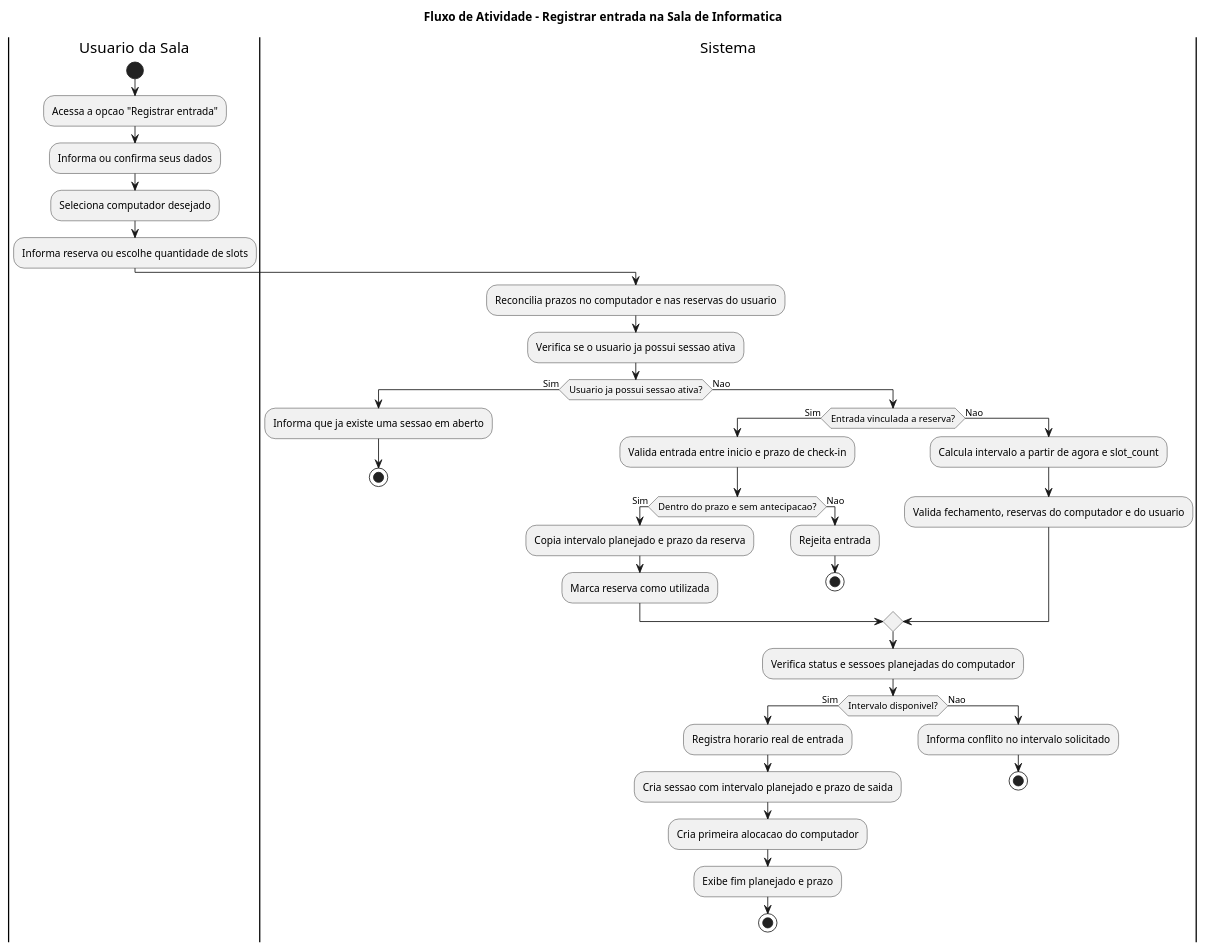
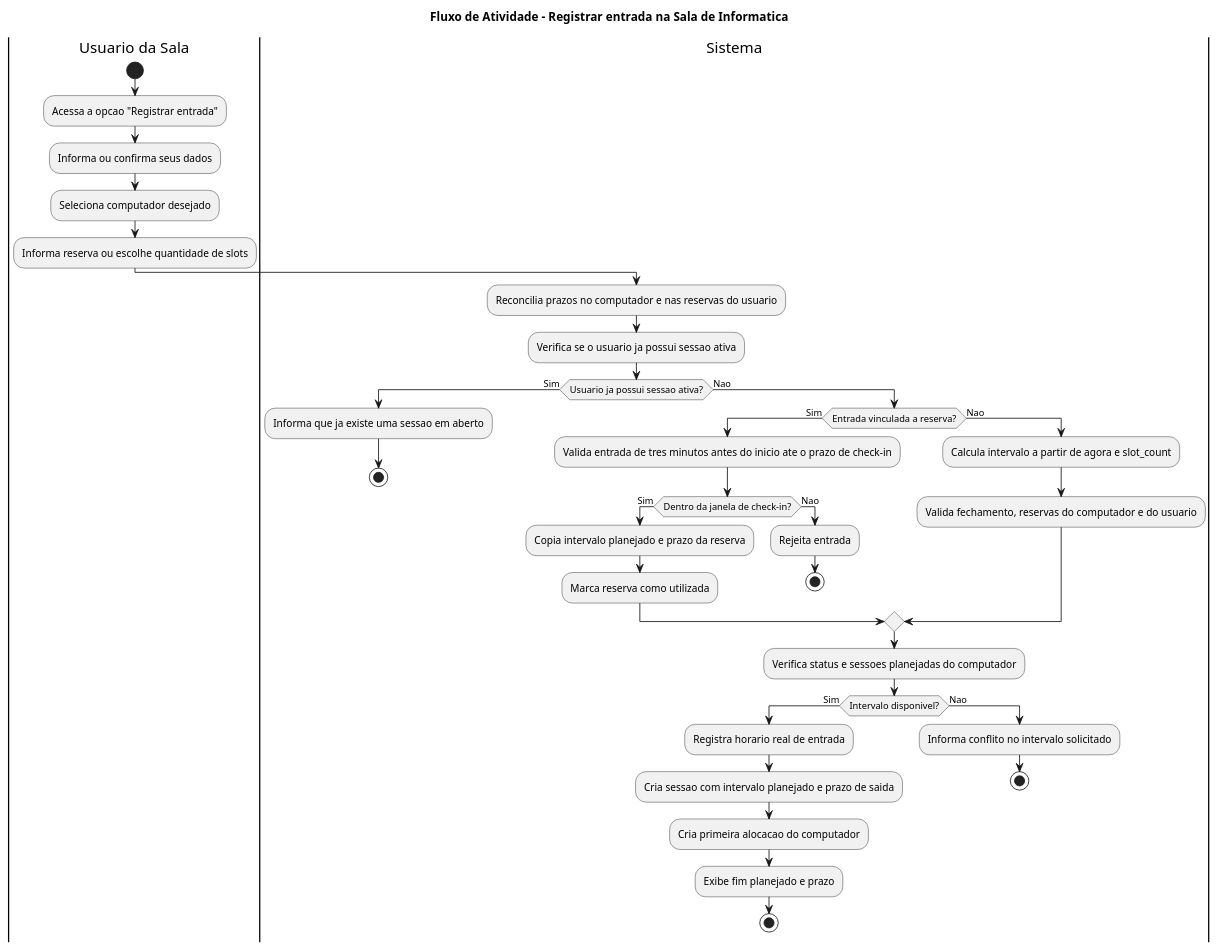
Before and after one commit to MarcosVini753/estagio: the diagram in docs/diagrams/atividades/02-usuario-registrar-entrada.puml, drawn with PlantUML. The commit also changed 31 other files, not shown here.

```diff
--- a/docs/diagrams/atividades/02-usuario-registrar-entrada.puml
+++ b/docs/diagrams/atividades/02-usuario-registrar-entrada.puml
@@ -1,46 +1,46 @@
 @startuml
 title Fluxo de Atividade - Registrar entrada na Sala de Informatica
 
 |Usuario da Sala|
 start
 :Acessa a opcao "Registrar entrada";
 :Informa ou confirma seus dados;
 :Seleciona computador desejado;
 :Informa reserva ou escolhe quantidade de slots;
 
 |Sistema|
 :Reconcilia prazos no computador e nas reservas do usuario;
 :Verifica se o usuario ja possui sessao ativa;
 
 if (Usuario ja possui sessao ativa?) then (Sim)
   :Informa que ja existe uma sessao em aberto;
   stop
 else (Nao)
   if (Entrada vinculada a reserva?) then (Sim)
-    :Valida entrada entre inicio e prazo de check-in;
-    if (Dentro do prazo e sem antecipacao?) then (Sim)
+    :Valida entrada de tres minutos antes do inicio ate o prazo de check-in;
+    if (Dentro da janela de check-in?) then (Sim)
       :Copia intervalo planejado e prazo da reserva;
       :Marca reserva como utilizada;
     else (Nao)
       :Rejeita entrada;
       stop
     endif
   else (Nao)
     :Calcula intervalo a partir de agora e slot_count;
     :Valida fechamento, reservas do computador e do usuario;
   endif
 
   :Verifica status e sessoes planejadas do computador;
   if (Intervalo disponivel?) then (Sim)
     :Registra horario real de entrada;
     :Cria sessao com intervalo planejado e prazo de saida;
     :Cria primeira alocacao do computador;
     :Exibe fim planejado e prazo;
     stop
   else (Nao)
     :Informa conflito no intervalo solicitado;
     stop
   endif
 endif
 
 @enduml
```
